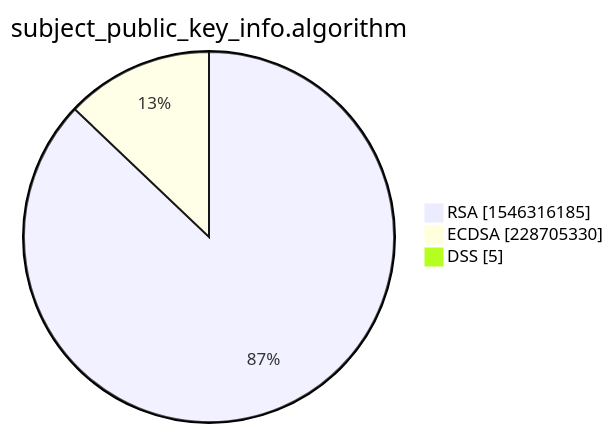
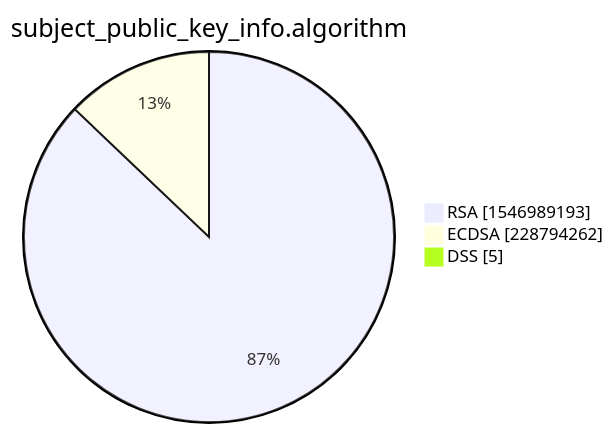
One commit to christiankrug/ctmonitor_visualization changed the third of 15 diagrams in xenon2022/README.md. Above: the diagram before and after it, drawn with Mermaid. The commit also changed other lines of this file, not shown here.

````diff
--- a/xenon2022/README.md
+++ b/xenon2022/README.md
@@ -14,7 +14,7 @@
 ```mermaid
 pie showData
 title subject_public_key_info.algorithm
-"RSA" :1546316185
-"ECDSA" :228705330
+"RSA" :1546989193
+"ECDSA" :228794262
 "DSS" :5
 ```
````
